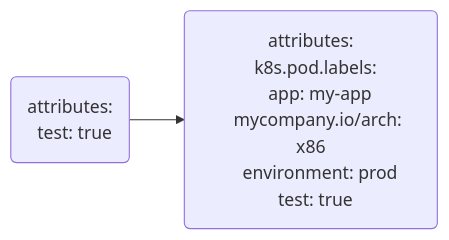
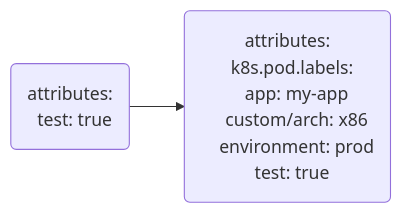
One commit to evan-bradley/ottl-cookbook changed the diagram in code/reorganize-attributes-4-merge.mmd. Above: the diagram before and after it, drawn with Mermaid. The commit also changed 10 other files, not shown here.

```diff
--- a/code/reorganize-attributes-4-merge.mmd
+++ b/code/reorganize-attributes-4-merge.mmd
@@ -1,12 +1,12 @@
 flowchart LR
     log8(attributes:
 &nbsp;&nbsp;test: true
     )
     log9(attributes:
 &nbsp;&nbsp;k8s.pod.labels:
 &nbsp;&nbsp;&nbsp;&nbsp;app: my-app
-&nbsp;&nbsp;&nbsp;&nbsp;mycompany.io/arch: x86
+&nbsp;&nbsp;&nbsp;&nbsp;custom/arch: x86
 &nbsp;&nbsp;&nbsp;&nbsp;environment: prod
 &nbsp;&nbsp;test: true
     )
     log8 --> log9
```
